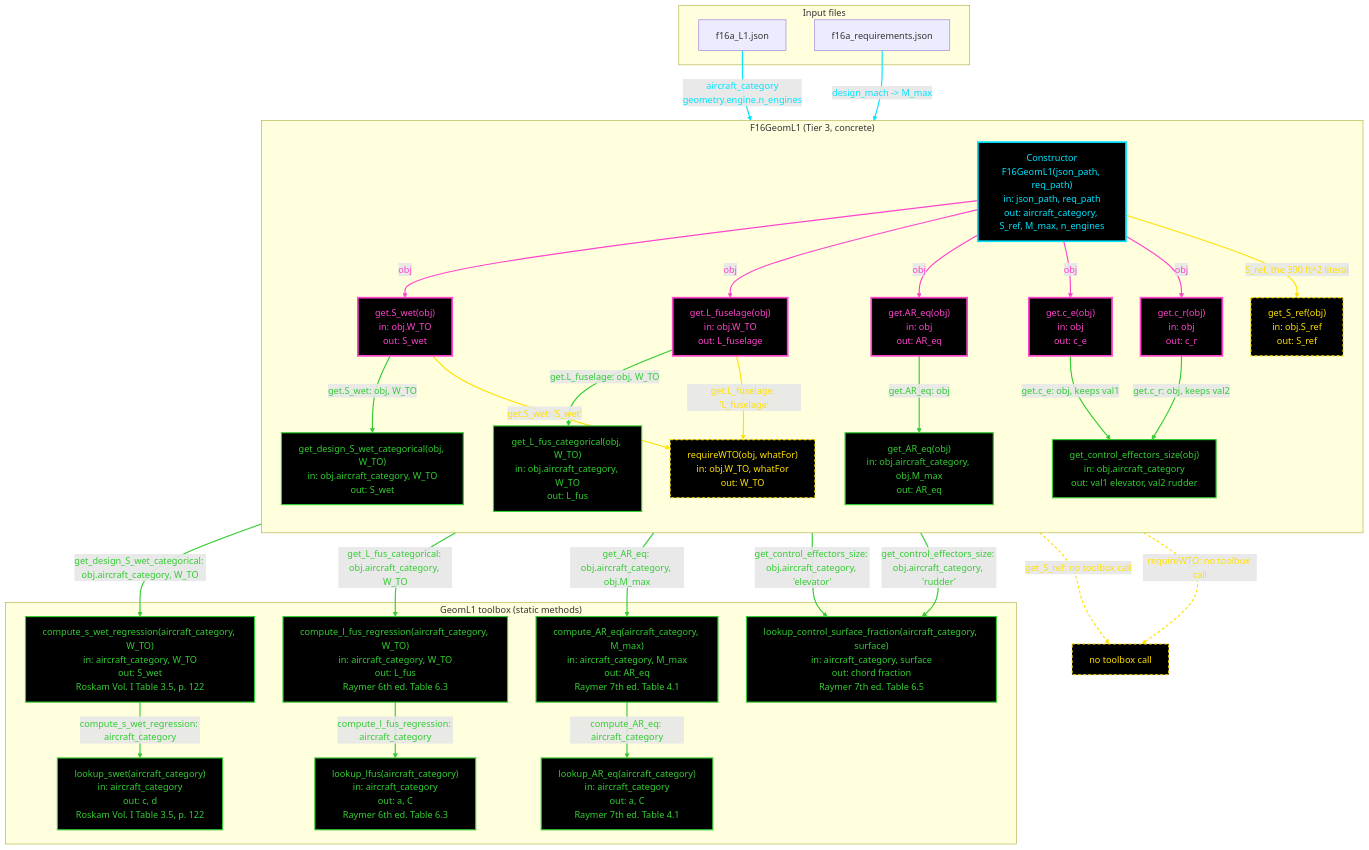
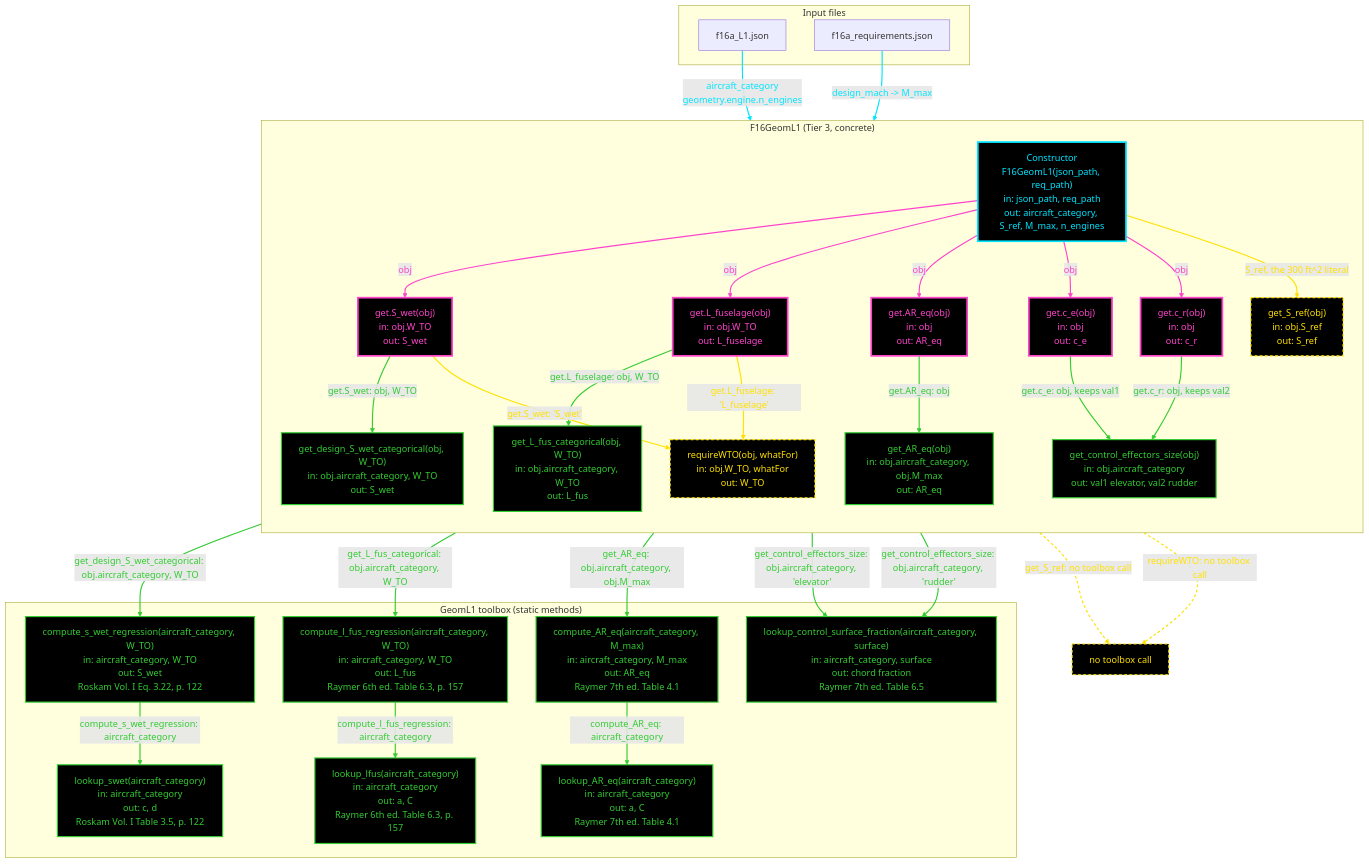
One commit to Idopt-Lab/air-vehicle-design changed the diagram in air_vehicle_design/sizing/docs/Mermaid_Diagrams/Claude-made/Second_Pass/Geometry/F16AGeom1_mermaid.md. Above: the diagram before and after it, drawn with Mermaid. The commit also changed other lines of this file and 3 other files, not shown here.

```diff
--- a/air_vehicle_design/sizing/docs/Mermaid_Diagrams/Claude-made/Second_Pass/Geometry/F16AGeom1_mermaid.md
+++ b/air_vehicle_design/sizing/docs/Mermaid_Diagrams/Claude-made/Second_Pass/Geometry/F16AGeom1_mermaid.md
@@ -172,12 +86,12 @@
     end
 
     subgraph TOOL["GeomL1 toolbox (static methods)"]
-        CSW["compute_s_wet_regression(aircraft_category, W_TO)<br/>in: aircraft_category, W_TO<br/>out: S_wet<br/>Roskam Vol. I Table 3.5, p. 122"]
-        CLF["compute_l_fus_regression(aircraft_category, W_TO)<br/>in: aircraft_category, W_TO<br/>out: L_fus<br/>Raymer 6th ed. Table 6.3"]
+        CSW["compute_s_wet_regression(aircraft_category, W_TO)<br/>in: aircraft_category, W_TO<br/>out: S_wet<br/>Roskam Vol. I Eq. 3.22, p. 122"]
+        CLF["compute_l_fus_regression(aircraft_category, W_TO)<br/>in: aircraft_category, W_TO<br/>out: L_fus<br/>Raymer 6th ed. Table 6.3, p. 157"]
         CAR["compute_AR_eq(aircraft_category, M_max)<br/>in: aircraft_category, M_max<br/>out: AR_eq<br/>Raymer 7th ed. Table 4.1"]
         LKC["lookup_control_surface_fraction(aircraft_category, surface)<br/>in: aircraft_category, surface<br/>out: chord fraction<br/>Raymer 7th ed. Table 6.5"]
         LKS["lookup_swet(aircraft_category)<br/>in: aircraft_category<br/>out: c, d<br/>Roskam Vol. I Table 3.5, p. 122"]
-        LKL["lookup_lfus(aircraft_category)<br/>in: aircraft_category<br/>out: a, C<br/>Raymer 6th ed. Table 6.3"]
+        LKL["lookup_lfus(aircraft_category)<br/>in: aircraft_category<br/>out: a, C<br/>Raymer 6th ed. Table 6.3, p. 157"]
         LKA["lookup_AR_eq(aircraft_category)<br/>in: aircraft_category<br/>out: a, C<br/>Raymer 7th ed. Table 4.1"]
     end
 
```
